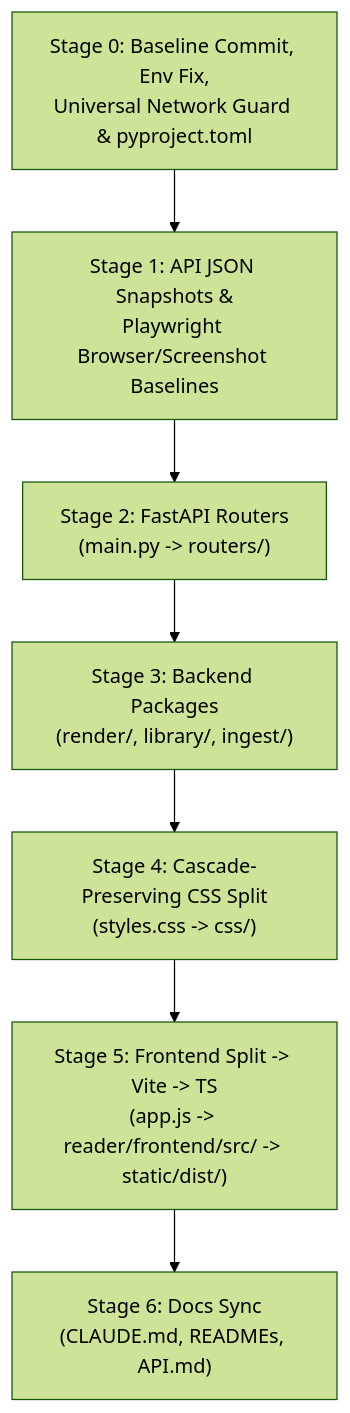
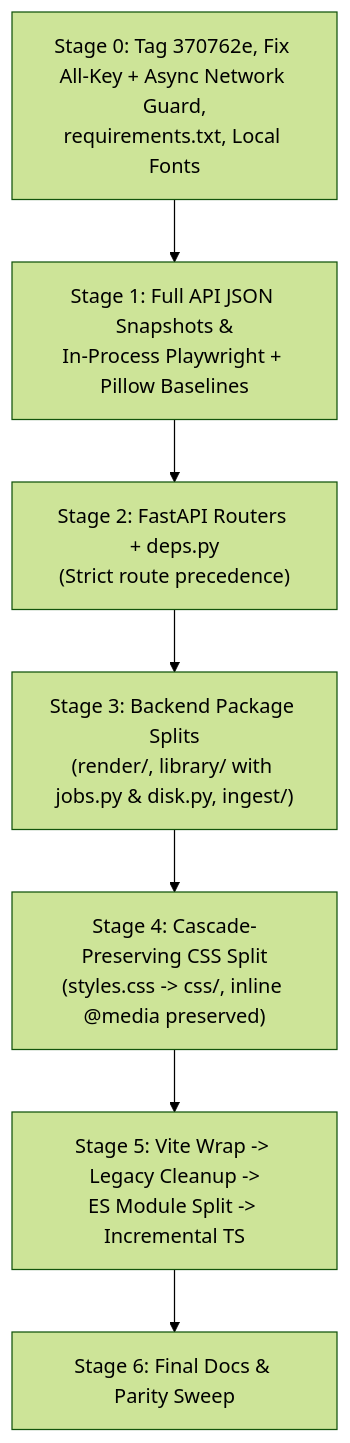
The diagram in docs/plans/repo_structure_stabilization/MASTER_PLAN.md (gibsondevhouse/FRAMEWORK), drawn with Mermaid (forest theme) before and after one commit. The commit also changed other lines of this file and 7 other files, not shown here.

````diff
--- a/docs/plans/repo_structure_stabilization/MASTER_PLAN.md
+++ b/docs/plans/repo_structure_stabilization/MASTER_PLAN.md
@@ -26,10 +22,10 @@
 ```mermaid
 flowchart TD
-    S0["Stage 0: Baseline Commit, Env Fix,\nUniversal Network Guard & pyproject.toml"] --> S1
-    S1["Stage 1: API JSON Snapshots &\nPlaywright Browser/Screenshot Baselines"] --> S2
-    S2["Stage 2: FastAPI Routers\n(main.py -> routers/)"] --> S3
-    S3["Stage 3: Backend Packages\n(render/, library/, ingest/)"] --> S4
-    S4["Stage 4: Cascade-Preserving CSS Split\n(styles.css -> css/)"] --> S5
-    S5["Stage 5: Frontend Split -> Vite -> TS\n(app.js -> reader/frontend/src/ -> static/dist/)"] --> S6
-    S6["Stage 6: Docs Sync\n(CLAUDE.md, READMEs, API.md)"]
+    S0["Stage 0: Tag 370762e, Fix All-Key + Async Network Guard,\nrequirements.txt, Local Fonts"] --> S1
+    S1["Stage 1: Full API JSON Snapshots &\nIn-Process Playwright + Pillow Baselines"] --> S2
+    S2["Stage 2: FastAPI Routers + deps.py\n(Strict route precedence)"] --> S3
+    S3["Stage 3: Backend Package Splits\n(render/, library/ with jobs.py & disk.py, ingest/)"] --> S4
+    S4["Stage 4: Cascade-Preserving CSS Split\n(styles.css -> css/, inline @media preserved)"] --> S5
+    S5["Stage 5: Vite Wrap -> Legacy Cleanup ->\nES Module Split -> Incremental TS"] --> S6
+    S6["Stage 6: Final Docs & Parity Sweep"]
 ```
````
